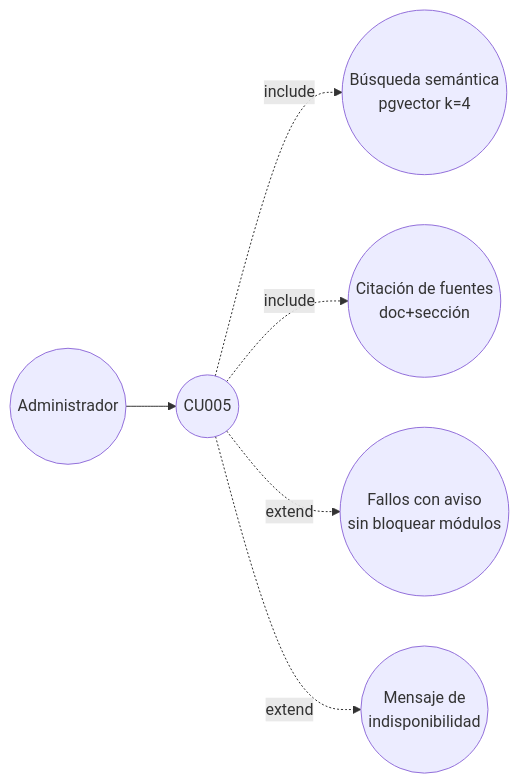
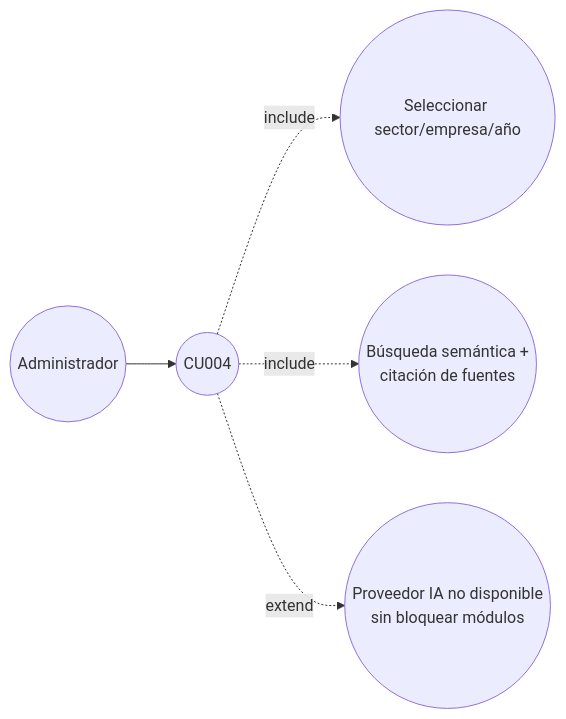
One commit to lFunkwnon01/igualab_md changed the fifth of 8 diagrams in FASE 1/01-Analisis-y-Diseno/07-Casos-de-Uso-Diagrama.md. Above: the diagram before and after it, drawn with Mermaid. The commit also changed other lines of this file and 124 other files, not shown here.

````diff
--- a/FASE 1/01-Analisis-y-Diseno/07-Casos-de-Uso-Diagrama.md
+++ b/FASE 1/01-Analisis-y-Diseno/07-Casos-de-Uso-Diagrama.md
@@ -108,8 +93,7 @@
 ```mermaid
 flowchart LR
-  AD(("Administrador")) --> CU005((CU005))
-  CU005 -.->|include| BUSQ((Búsqueda semántica<br/>pgvector k=4))
-  CU005 -.->|include| CITA((Citación de fuentes<br/>doc+sección))
-  CU005 -.->|extend| OFF2((Fallos con aviso<br/>sin bloquear módulos))
-  CU005 -.->|extend| OFF((Mensaje de<br/>indisponibilidad))
+  AD(("Administrador")) --> CU004((CU004))
+  CU004 -.->|include| BUSQ((Seleccionar sector/empresa/año))
+  CU004 -.->|include| CITA((Búsqueda semántica +<br/>citación de fuentes))
+  CU004 -.->|extend| OFF((Proveedor IA no disponible<br/>sin bloquear módulos))
 ```
````
